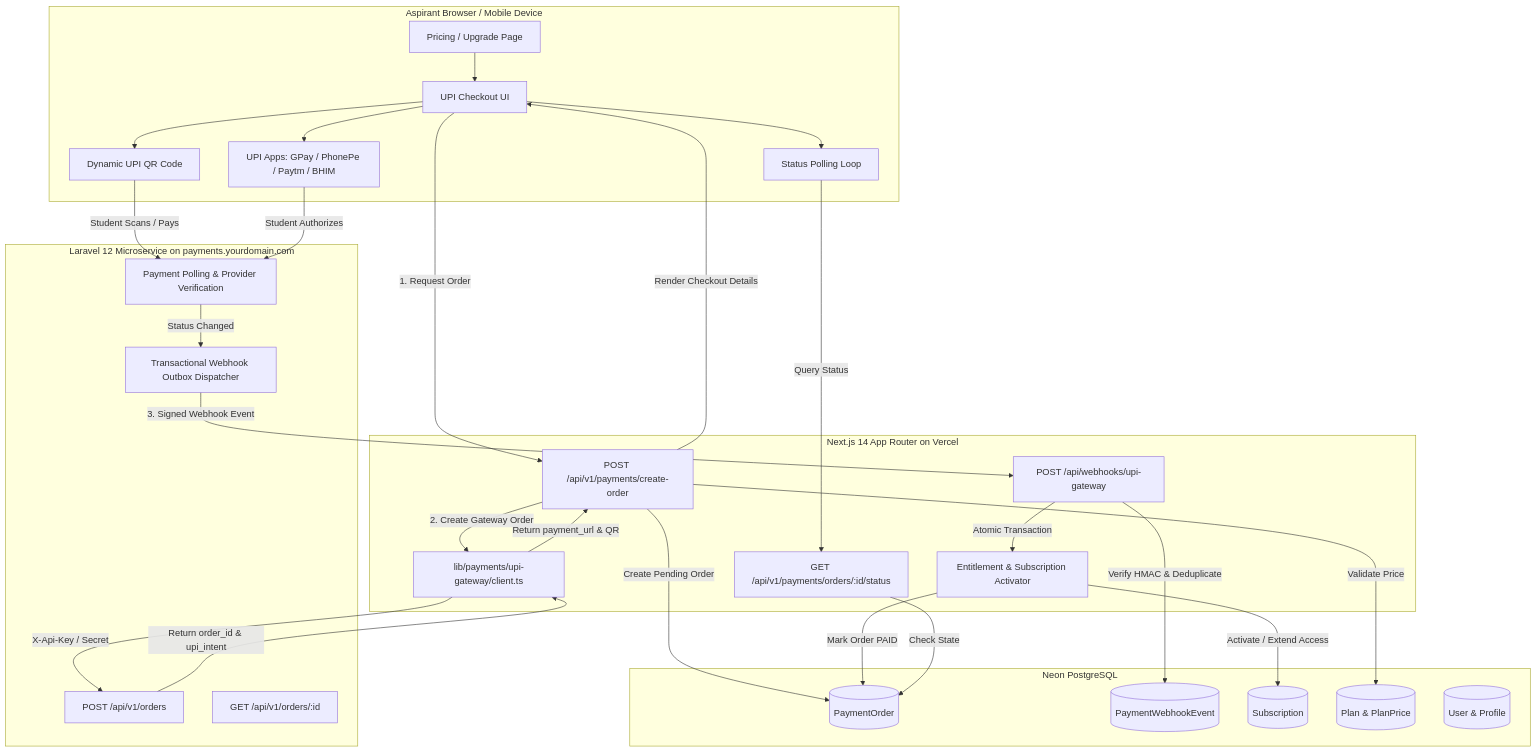
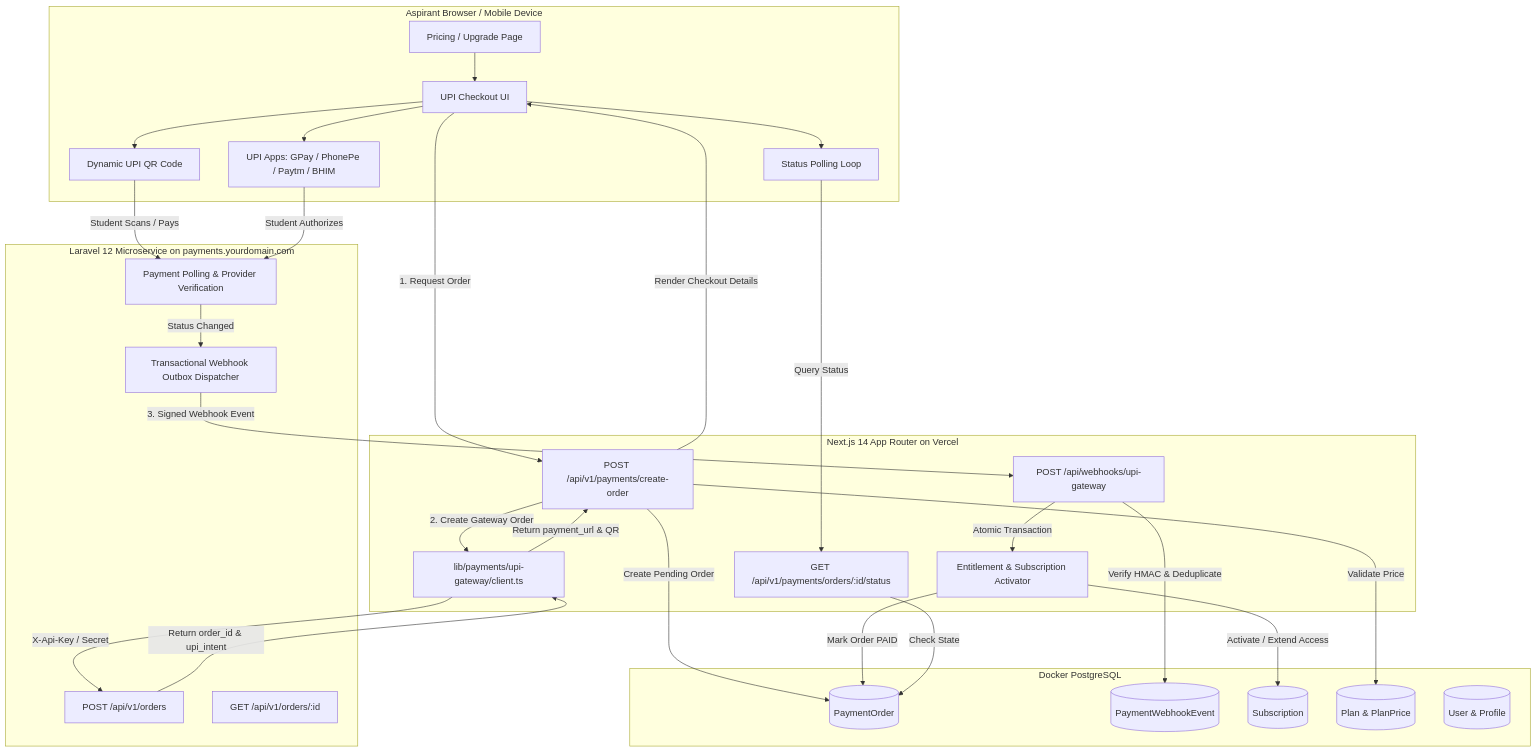
Before and after one commit to Aradhy20/pravaah-upsc: the first of 2 diagrams in docs/payment-integration/UPI_GATEWAY_ARCHITECTURE.md, drawn with Mermaid. The commit also changed other lines of this file and 30 other files, not shown here.

First line of the commit message:
chore: remove Neon database and establish Docker PostgreSQL as primary database

````diff
--- a/docs/payment-integration/UPI_GATEWAY_ARCHITECTURE.md
+++ b/docs/payment-integration/UPI_GATEWAY_ARCHITECTURE.md
@@ -5,54 +5,54 @@
 ```mermaid
 graph TD
     subgraph Client Tier [Aspirant Browser / Mobile Device]
         P[Pricing / Upgrade Page] --> C[UPI Checkout UI]
         C --> QR[Dynamic UPI QR Code]
         C --> APP[UPI Apps: GPay / PhonePe / Paytm / BHIM]
         C --> POLL[Status Polling Loop]
     end
 
     subgraph Pravaah UPSC [Next.js 14 App Router on Vercel]
         API_O[POST /api/v1/payments/create-order]
         API_S[GET /api/v1/payments/orders/:id/status]
         API_W[POST /api/webhooks/upi-gateway]
         CLIENT[lib/payments/upi-gateway/client.ts]
         FULFILL[Entitlement & Subscription Activator]
     end
 
-    subgraph Database Tier [Neon PostgreSQL]
+    subgraph Database Tier [Docker PostgreSQL]
         DB_PO[(PaymentOrder)]
         DB_WE[(PaymentWebhookEvent)]
         DB_SUB[(Subscription)]
         DB_PL[(Plan & PlanPrice)]
         DB_USR[(User & Profile)]
     end
 
     subgraph Gateway Tier [Laravel 12 Microservice on payments.yourdomain.com]
         GW_O[POST /api/v1/orders]
         GW_S[GET /api/v1/orders/:id]
         GW_V[Payment Polling & Provider Verification]
         GW_W[Transactional Webhook Outbox Dispatcher]
     end
 
     C -->|1. Request Order| API_O
     API_O -->|Validate Price| DB_PL
     API_O -->|Create Pending Order| DB_PO
     API_O -->|2. Create Gateway Order| CLIENT
     CLIENT -->|X-Api-Key / Secret| GW_O
     GW_O -->|Return order_id & upi_intent| CLIENT
     CLIENT -->|Return payment_url & QR| API_O
     API_O -->|Render Checkout Details| C
 
     QR -->|Student Scans / Pays| GW_V
     APP -->|Student Authorizes| GW_V
 
     GW_V -->|Status Changed| GW_W
     GW_W -->|3. Signed Webhook Event| API_W
     API_W -->|Verify HMAC & Deduplicate| DB_WE
     API_W -->|Atomic Transaction| FULFILL
     FULFILL -->|Mark Order PAID| DB_PO
     FULFILL -->|Activate / Extend Access| DB_SUB
 
     POLL -->|Query Status| API_S
     API_S -->|Check State| DB_PO
 ```
````
